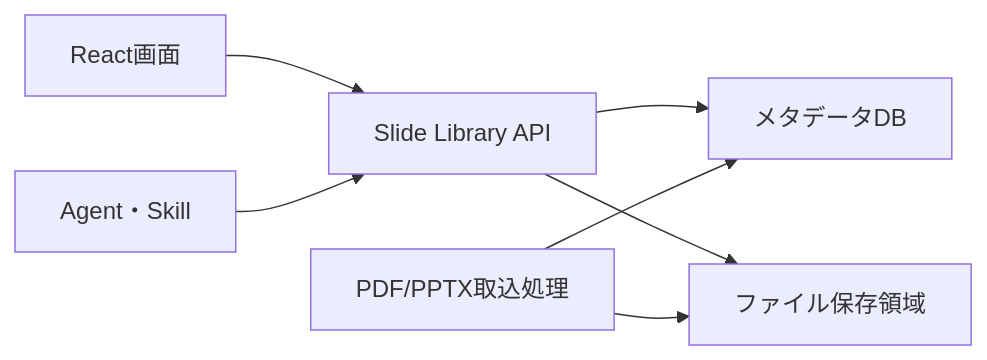
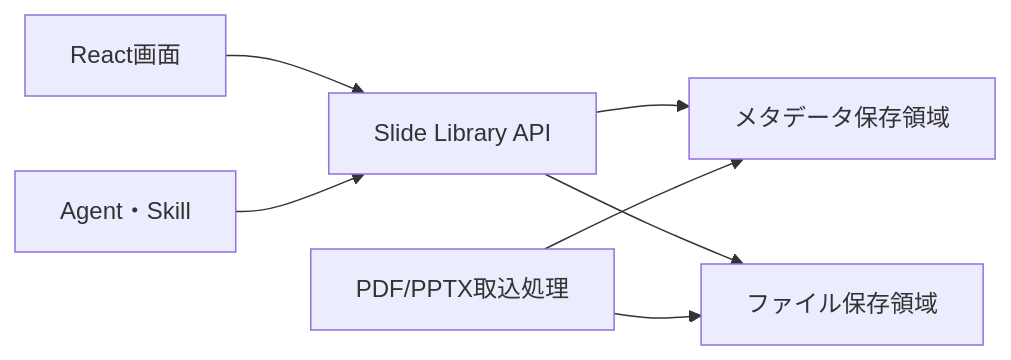
Before and after one commit to yamaguchiteppei/nlp_gw_group_b: the diagram in docs/architecture.md, drawn with Mermaid. The commit also changed other lines of this file and 9 other files, not shown here.

````diff
--- a/docs/architecture.md
+++ b/docs/architecture.md
@@ -7,9 +7,9 @@
 ```mermaid
 flowchart LR
   UI[React画面] --> API[Slide Library API]
   Agent[Agent・Skill] --> API
-  API --> Store[メタデータDB]
+  API --> Store[メタデータ保存領域]
   API --> Files[ファイル保存領域]
   Import[PDF/PPTX取込処理] --> Store
   Import --> Files
 ```
````
